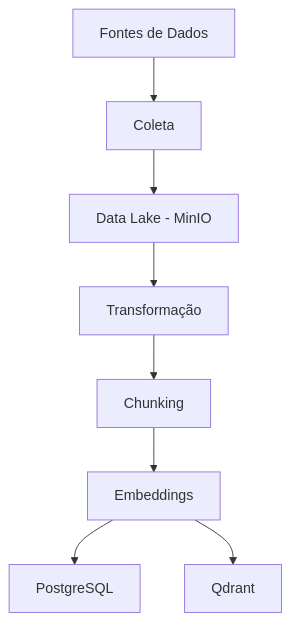
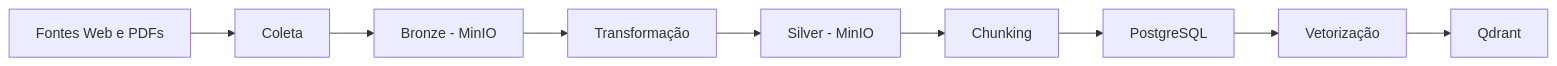
One commit to MelrickDavison/generative-ai-database changed the diagram in README.md. Above: the diagram before and after it, drawn with Mermaid. The commit also changed other lines of this file, not shown here.

````diff
--- a/README.md
+++ b/README.md
@@ -28,10 +30,21 @@
 ```mermaid
-flowchart TD
-    A[Fontes de Dados] --> B[Coleta]
-    B --> C[Data Lake - MinIO]
-    C --> D[Transformação]
-    D --> E[Chunking]
-    E --> F[Embeddings]
-    F --> G[PostgreSQL]
-    F --> H[Qdrant]
+flowchart LR
+
+A[Fontes Web e PDFs]
+--> B[Coleta]
+
+B --> C[Bronze - MinIO]
+
+C --> D[Transformação]
+
+D --> E[Silver - MinIO]
+
+E --> F[Chunking]
+
+F --> G[PostgreSQL]
+
+G --> H[Vetorização]
+
+H --> I[Qdrant]
+
 ```
````
